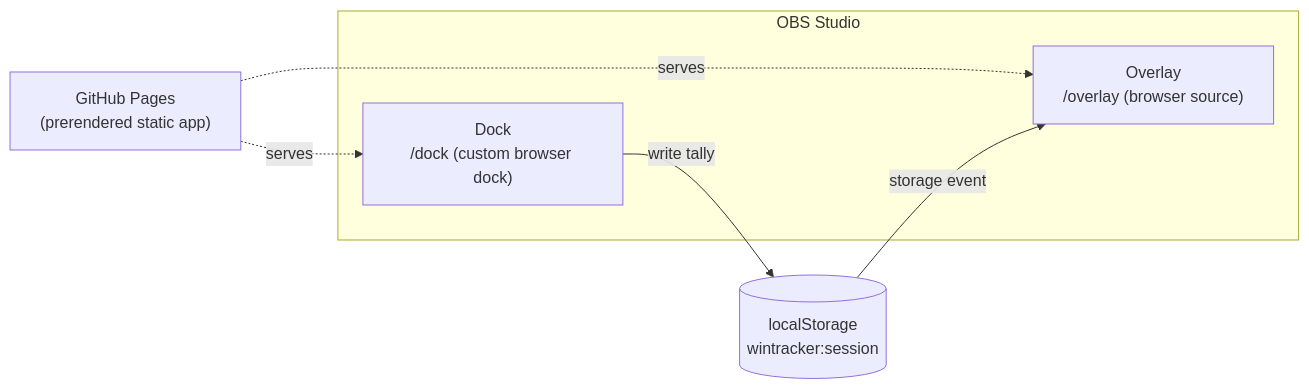
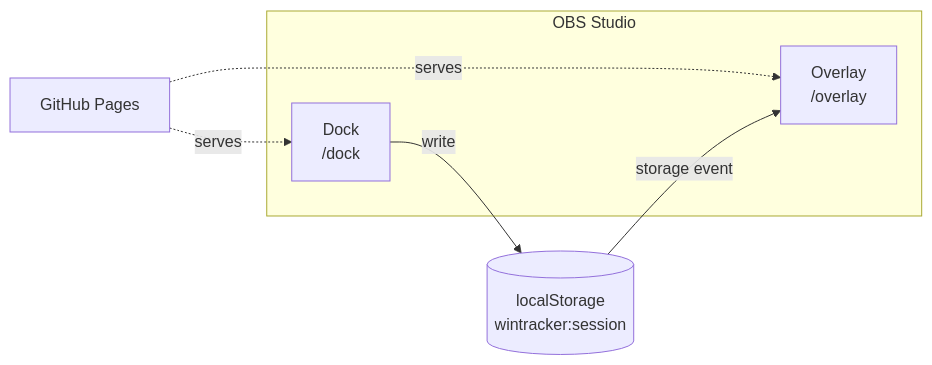
One commit to hk0i/streakingftw changed the first of 4 diagrams in docs/2026-08-21-EDD.md. Above: the diagram before and after it, drawn with Mermaid. The commit also changed other lines of this file, not shown here.

Commit message:
[docs] simplify: tighten EDD prose, add diagrams for key-naming and undo

````diff
--- a/docs/2026-08-21-EDD.md
+++ b/docs/2026-08-21-EDD.md
@@ -22,11 +20,11 @@
 ```mermaid
 flowchart LR
     subgraph OBS["OBS Studio"]
-        Dock["Dock\n/dock (custom browser dock)"]
-        Overlay["Overlay\n/overlay (browser source)"]
+        Dock["Dock\n/dock"]
+        Overlay["Overlay\n/overlay"]
     end
-    GH["GitHub Pages\n(prerendered static app)"] -. serves .-> Dock
+    GH["GitHub Pages"] -. serves .-> Dock
     GH -. serves .-> Overlay
-    Dock -- "write tally" --> LS[("localStorage\nwintracker:session")]
-    LS -- "storage event" --> Overlay
+    Dock -- write --> LS[("localStorage\nwintracker:session")]
+    LS -- storage event --> Overlay
 ```
````
